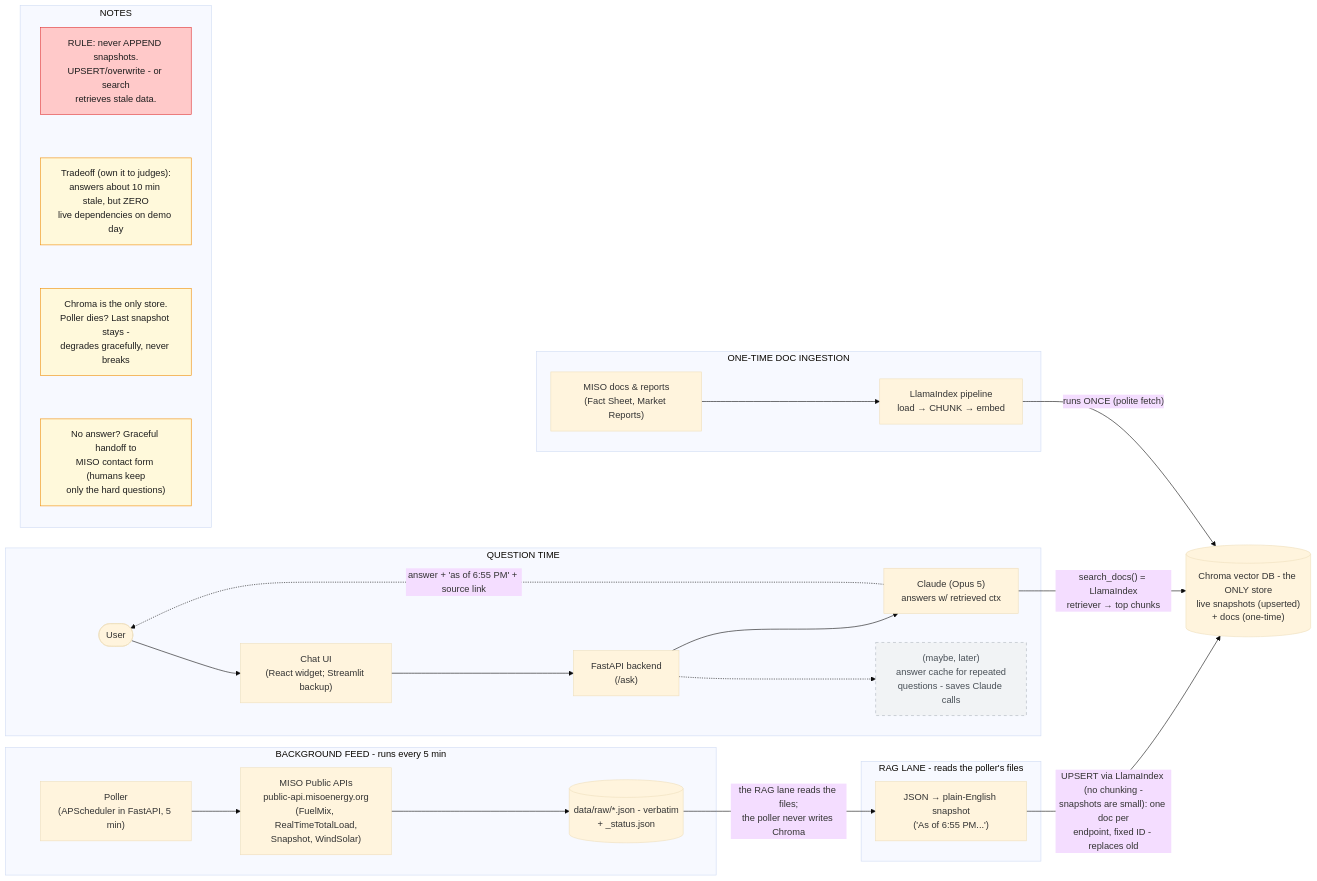
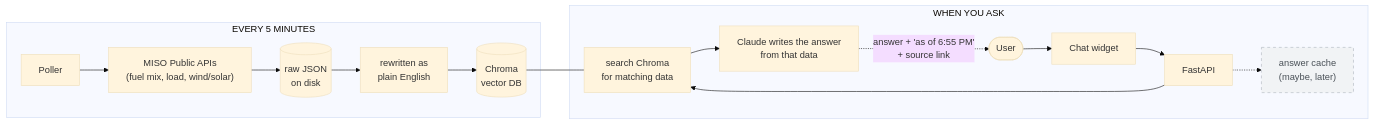
Before and after one commit to VanshBhardwaj1945/miso-copilot: the diagram in README.md, drawn with Mermaid (base theme). The commit also changed other lines of this file, not shown here.

First line of the commit message:
Rewrite README for human readers: short prose, simpler diagram, judge-friendly

````diff
--- a/README.md
+++ b/README.md
@@ -10,41 +23,23 @@
 ```mermaid
 flowchart LR
-    subgraph FEED["BACKGROUND FEED - runs every 5 min"]
-        POLL["Poller<br/>(APScheduler in FastAPI, 5 min)"] --> MISOAPI["MISO Public APIs<br/>public-api.misoenergy.org<br/>(FuelMix, RealTimeTotalLoad,<br/>Snapshot, WindSolar)"]
-        MISOAPI --> RAW[("data/raw/*.json - verbatim<br/>+ _status.json")]
+    subgraph FEED["EVERY 5 MINUTES"]
+        POLL["Poller"] --> MISOAPI["MISO Public APIs<br/>(fuel mix, load, wind/solar)"]
+        MISOAPI --> RAW[("raw JSON<br/>on disk")]
+        RAW --> SUMM["rewritten as<br/>plain English"]
+        SUMM --> DB[("Chroma<br/>vector DB")]
     end
 
-    subgraph RAGLANE["RAG LANE - reads the poller's files"]
-        SUMM["JSON → plain-English snapshot<br/>('As of 6:55 PM...')"]
-    end
-
-    subgraph ASK["QUESTION TIME"]
-        USER(["User"]) --> UI["Chat UI<br/>(React widget; Streamlit backup)"]
-        UI --> API["FastAPI backend<br/>(/ask)"]
-        API --> CLAUDE["Claude (Opus 5)<br/>answers w/ retrieved ctx"]
-        CACHE["(maybe, later)<br/>answer cache for repeated<br/>questions - saves Claude calls"]:::maybe
+    subgraph ASK["WHEN YOU ASK"]
+        USER(["User"]) --> UI["Chat widget"]
+        UI --> API["FastAPI"]
+        API --> DB2["search Chroma<br/>for matching data"]
+        DB2 --> CLAUDE["Claude writes the answer<br/>from that data"]
+        CLAUDE -. "answer + 'as of 6:55 PM'<br/>+ source link" .-> USER
+        CACHE["answer cache<br/>(maybe, later)"]:::maybe
         API -.-> CACHE
     end
 
-    subgraph INGEST["ONE-TIME DOC INGESTION"]
-        DOCS["MISO docs & reports<br/>(Fact Sheet, Market Reports)"] --> LI["LlamaIndex pipeline<br/>load → CHUNK → embed"]
-    end
+    DB --- DB2
 
-    DB[("Chroma vector DB - the ONLY store<br/>live snapshots (upserted)<br/>+ docs (one-time)")]
-
-    RAW -- "the RAG lane reads the files;<br/>the poller never writes Chroma" --> SUMM
-    SUMM -- "UPSERT via LlamaIndex (no chunking -<br/>snapshots are small): one doc per<br/>endpoint, fixed ID - replaces old" --> DB
-    CLAUDE -- "search_docs() = LlamaIndex<br/>retriever → top chunks" --> DB
-    LI -- "runs ONCE (polite fetch)" --> DB
-    CLAUDE -. "answer + 'as of 6:55 PM' + source link" .-> USER
-
-    subgraph NOTES["NOTES"]
-        N1["RULE: never APPEND snapshots.<br/>UPSERT/overwrite - or search<br/>retrieves stale data."] ~~~ N2["Tradeoff (own it to judges):<br/>answers about 10 min stale, but ZERO<br/>live dependencies on demo day"] ~~~ N3["Chroma is the only store.<br/>Poller dies? Last snapshot stays -<br/>degrades gracefully, never breaks"] ~~~ N4["No answer? Graceful handoff to<br/>MISO contact form (humans keep<br/>only the hard questions)"]
-    end
-
-    classDef note fill:#fff9db,stroke:#f08c00,color:#1e1e1e
-    classDef rule fill:#ffc9c9,stroke:#e03131,color:#1e1e1e
     classDef maybe fill:#f1f3f5,stroke:#adb5bd,color:#495057,stroke-dasharray: 5 5
-    class N2,N3,N4 note
-    class N1 rule
 ```
````
